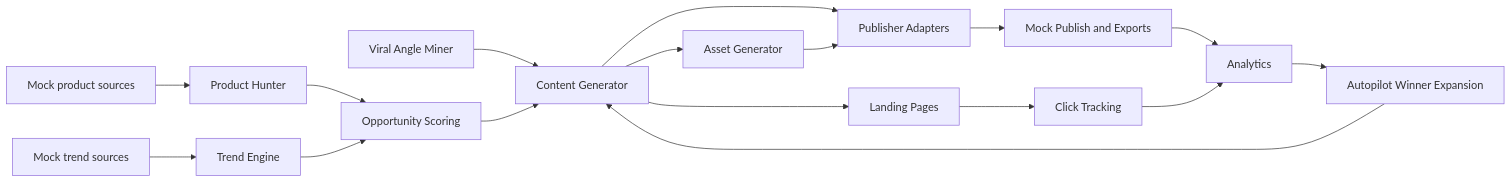
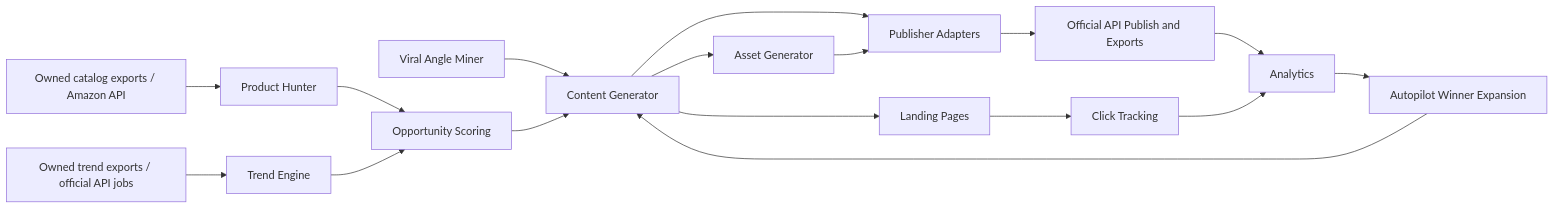
One commit to robertwchen/claw-commerce-operator changed the diagram in README.md. Above: the diagram before and after it, drawn with Mermaid. The commit also changed other lines of this file and 40 other files, not shown here.

````diff
--- a/README.md
+++ b/README.md
@@ -61,19 +61,19 @@
 ```mermaid
 flowchart LR
-  A[Mock product sources] --> B[Product Hunter]
-  C[Mock trend sources] --> D[Trend Engine]
+  A[Owned catalog exports / Amazon API] --> B[Product Hunter]
+  C[Owned trend exports / official API jobs] --> D[Trend Engine]
   B --> E[Opportunity Scoring]
   D --> E
   F[Viral Angle Miner] --> G[Content Generator]
   E --> G
   G --> H[Asset Generator]
   G --> I[Publisher Adapters]
   H --> I
-  I --> J[Mock Publish and Exports]
+  I --> J[Official API Publish and Exports]
   G --> K[Landing Pages]
   K --> L[Click Tracking]
   J --> M[Analytics]
   L --> M
   M --> N[Autopilot Winner Expansion]
   N --> G
 ```
````
